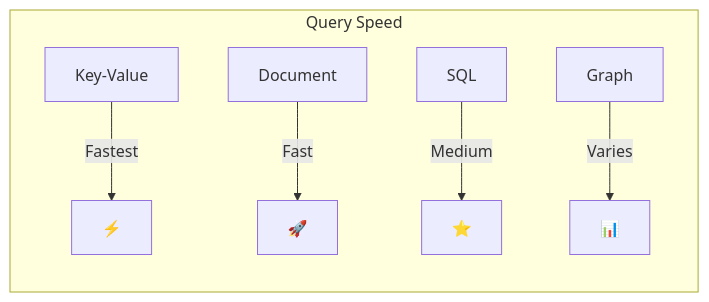
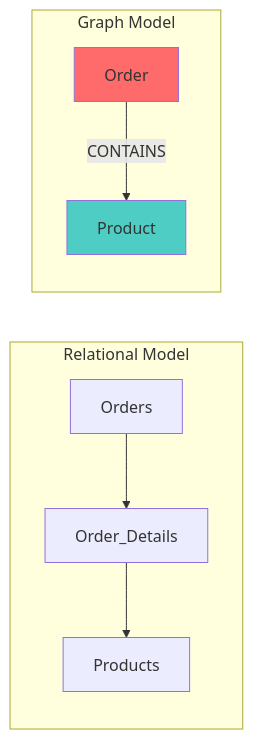
One commit to devv-shayan/Neo4J changed the first of 11 diagrams in non graph to graph db.md. Above: the diagram before and after it, drawn with Mermaid. The commit also changed other lines of this file, not shown here.

Commit message:
Update non graph to graph db.md

````diff
--- a/non graph to graph db.md
+++ b/non graph to graph db.md
@@ -105,9 +31,13 @@
 ```mermaid
 graph LR
-    subgraph "Query Speed"
-    A[Key-Value] -->|Fastest| B[⚡]
-    C[Document] -->|Fast| D[🚀]
-    E[SQL] -->|Medium| F[⭐]
-    G[Graph] -->|Varies| H[📊]
+    subgraph "Relational Model"
+        A[Orders] --> B[Order_Details]
+        B --> C[Products]
+    end
+    
+    subgraph "Graph Model"
+        D[Order] -->|CONTAINS| E[Product]
+        style D fill:#ff6b6b
+        style E fill:#4ecdc4
     end
 ```
````
